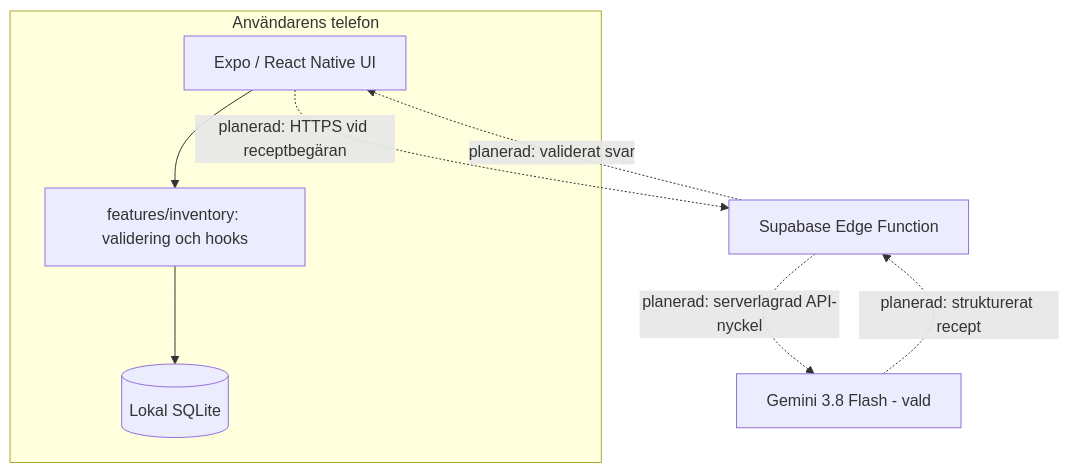
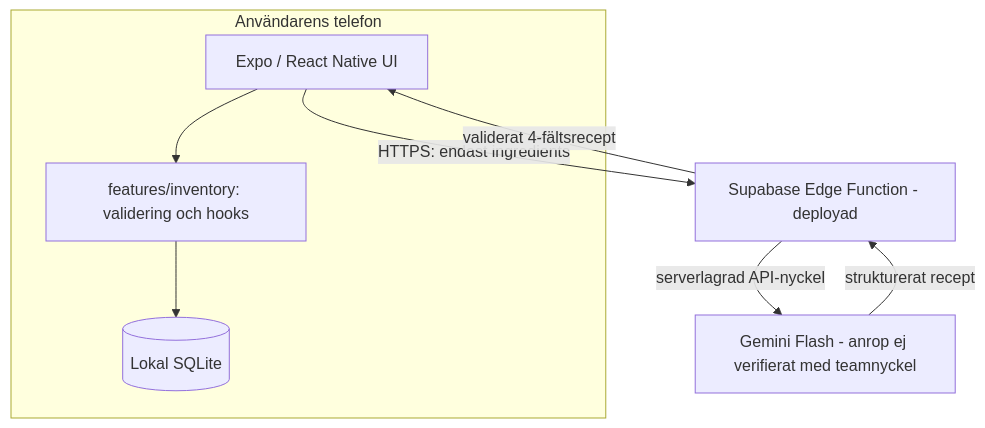
Before and after one commit to BnL-Studios/im-hungry: the diagram in README.md, drawn with Mermaid. The commit also changed other lines of this file and 16 other files, not shown here.

````diff
--- a/README.md
+++ b/README.md
@@ -39,13 +39,13 @@
 ```mermaid
 flowchart TD
     subgraph Phone[Användarens telefon]
       App[Expo / React Native UI]
       Logic[features/inventory: validering och hooks]
       DB[(Lokal SQLite)]
       App --> Logic --> DB
     end
-    App -.->|"planerad: HTTPS vid receptbegäran"| Edge[Supabase Edge Function]
-    Edge -.->|"planerad: serverlagrad API-nyckel"| AI[Gemini 3.8 Flash - vald]
-    AI -.->|"planerad: strukturerat recept"| Edge
-    Edge -.->|"planerad: validerat svar"| App
+    App -->|"HTTPS: endast ingredients"| Edge[Supabase Edge Function - deployad]
+    Edge -->|"serverlagrad API-nyckel"| AI[Gemini Flash - anrop ej verifierat med teamnyckel]
+    AI -->|"strukturerat recept"| Edge
+    Edge -->|"validerat 4-fältsrecept"| App
 ```
````
